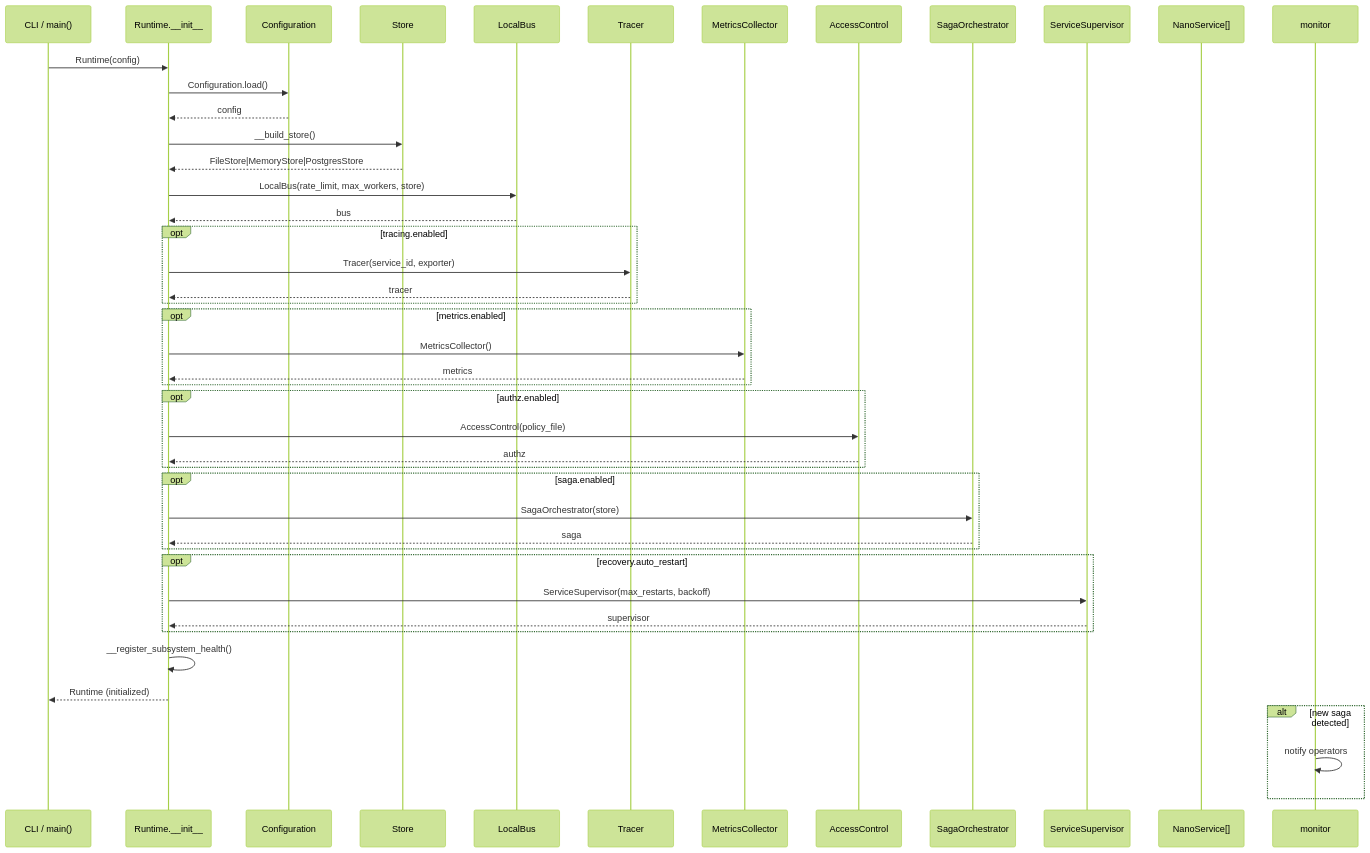
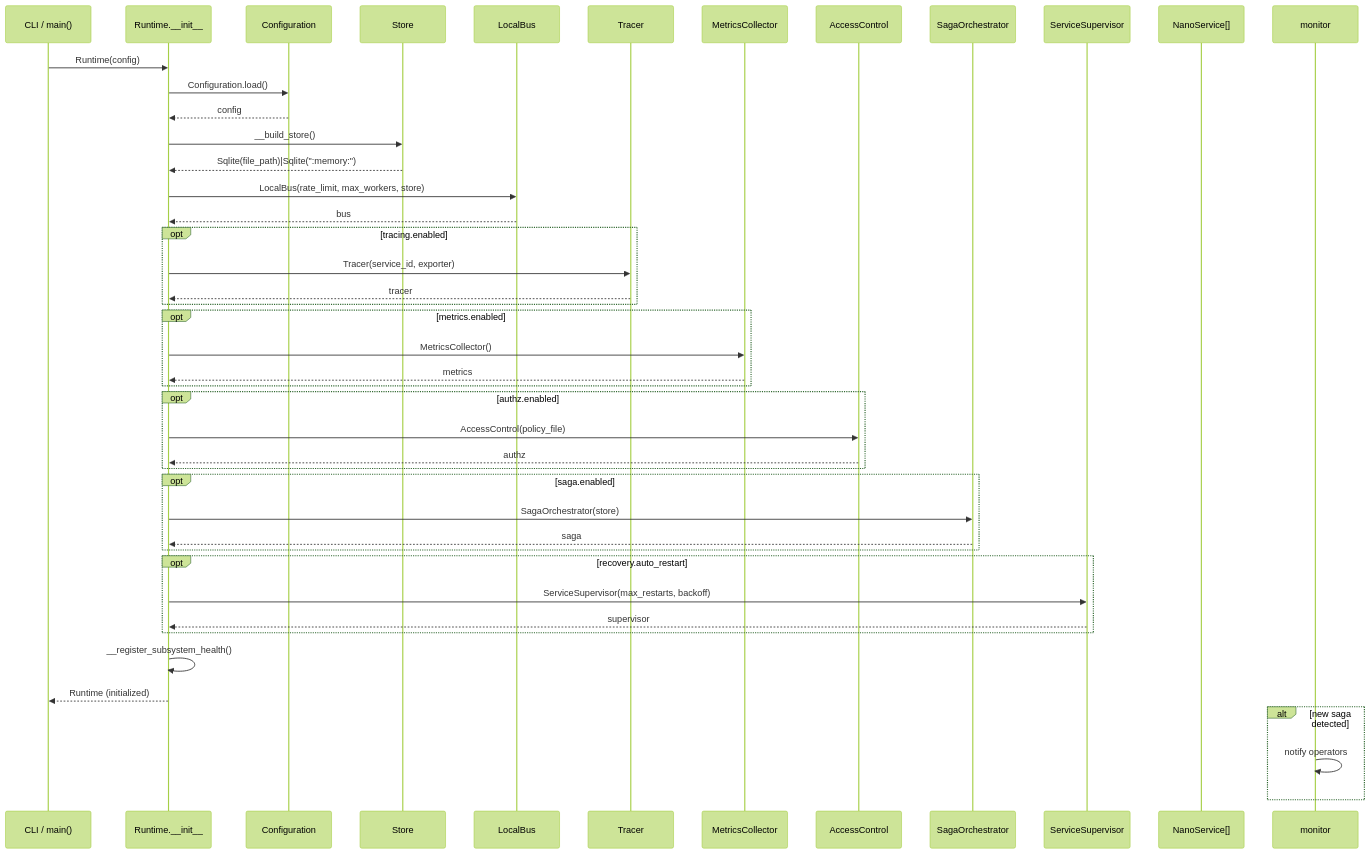
Before and after one commit to sachn-cs/unsecured-lending-underwriting: the first of 7 diagrams in docs/SYSTEM_DESIGN.md, drawn with Mermaid (forest theme). The commit also changed other lines of this file, not shown here.

````diff
--- a/docs/SYSTEM_DESIGN.md
+++ b/docs/SYSTEM_DESIGN.md
@@ -261,56 +259,56 @@
 ```mermaid
 sequenceDiagram
     participant Caller as CLI / main()
     participant RT as Runtime.__init__
     participant Config as Configuration
     participant Store as Store
     participant Bus as LocalBus
     participant T as Tracer
     participant M as MetricsCollector
     participant A as AccessControl
     participant S as SagaOrchestrator
     participant Sup as ServiceSupervisor
     participant Svcs as NanoService[]
 
     Caller->>RT: Runtime(config)
     RT->>Config: Configuration.load()
     Config-->>RT: config
 
     RT->>Store: __build_store()
-    Store-->>RT: FileStore|MemoryStore|PostgresStore
+    Store-->>RT: Sqlite(file_path)|Sqlite(":memory:")
 
     RT->>Bus: LocalBus(rate_limit, max_workers, store)
     Bus-->>RT: bus
 
     opt tracing.enabled
         RT->>T: Tracer(service_id, exporter)
         T-->>RT: tracer
     end
 
     opt metrics.enabled
         RT->>M: MetricsCollector()
         M-->>RT: metrics
     end
 
     opt authz.enabled
         RT->>A: AccessControl(policy_file)
         A-->>RT: authz
     end
 
     opt saga.enabled
         RT->>S: SagaOrchestrator(store)
         S-->>RT: saga
     end
 
     opt recovery.auto_restart
         RT->>Sup: ServiceSupervisor(max_restarts, backoff)
         Sup-->>RT: supervisor
     end
 
     RT->>RT: __register_subsystem_health()
     RT-->>Caller: Runtime (initialized)
 
     alt new saga detected
         monitor->>monitor: notify operators
     end
 ```
````
